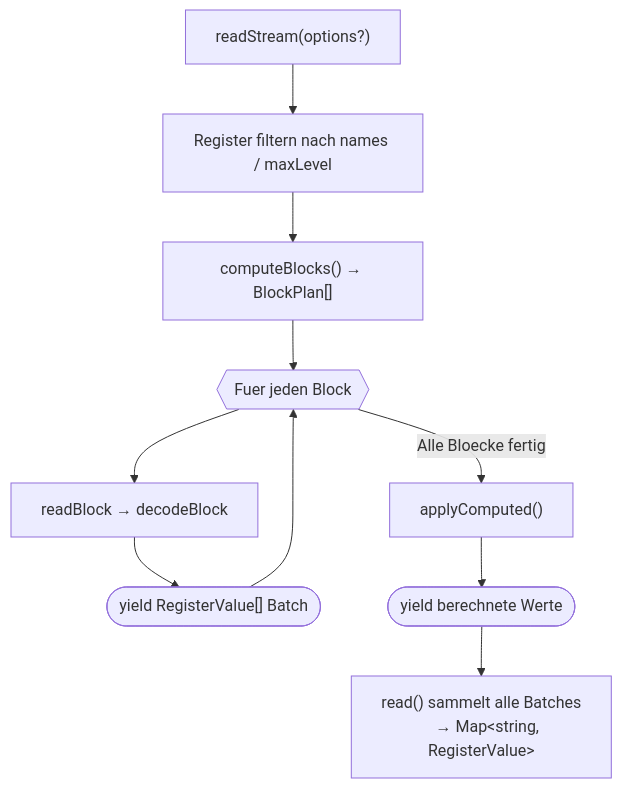
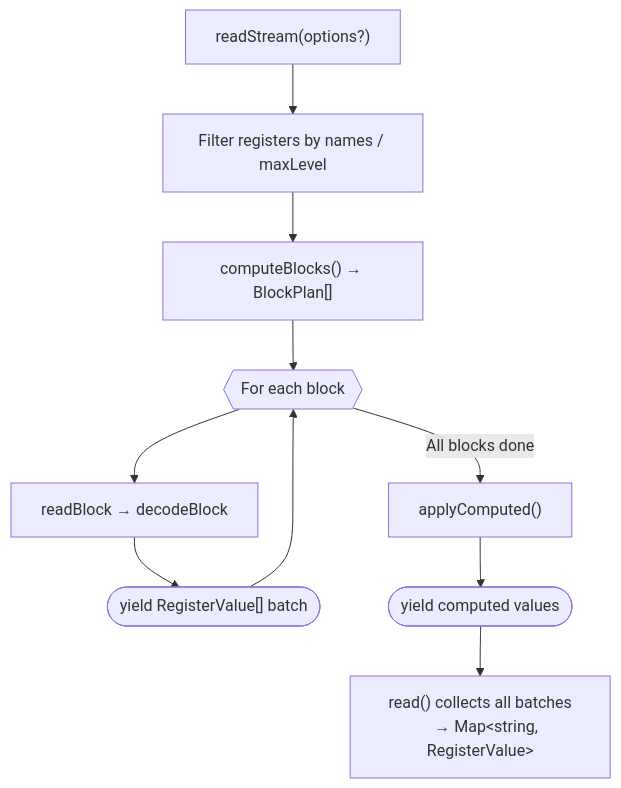
The eighth of 12 diagrams in ARCHITECTURE.md (AlexanderLanin/sungrowlib), drawn with Mermaid before and after one commit. The commit also changed other lines of this file, not shown here.

Commit message:
docs: translate ARCHITECTURE.md from German to English

````diff
--- a/ARCHITECTURE.md
+++ b/ARCHITECTURE.md
@@ -355,13 +355,13 @@
 ```mermaid
 flowchart TD
-    START["readStream(options?)"] --> FILT["Register filtern nach names / maxLevel"]
+    START["readStream(options?)"] --> FILT["Filter registers by names / maxLevel"]
     FILT --> BLOCKS["computeBlocks() → BlockPlan[]"]
-    BLOCKS --> LOOP{{"Fuer jeden Block"}}
+    BLOCKS --> LOOP{{"For each block"}}
     LOOP --> READ["readBlock → decodeBlock"]
-    READ --> Y1(["yield RegisterValue[] Batch"])
+    READ --> Y1(["yield RegisterValue[] batch"])
     Y1 --> LOOP
-    LOOP -->|Alle Bloecke fertig| COMP["applyComputed()"]
-    COMP --> Y2(["yield berechnete Werte"])
-    Y2 --> WRAP["read() sammelt alle Batches
+    LOOP -->|All blocks done| COMP["applyComputed()"]
+    COMP --> Y2(["yield computed values"])
+    Y2 --> WRAP["read() collects all batches
     → Map&lt;string, RegisterValue&gt;"]
 ```
````
